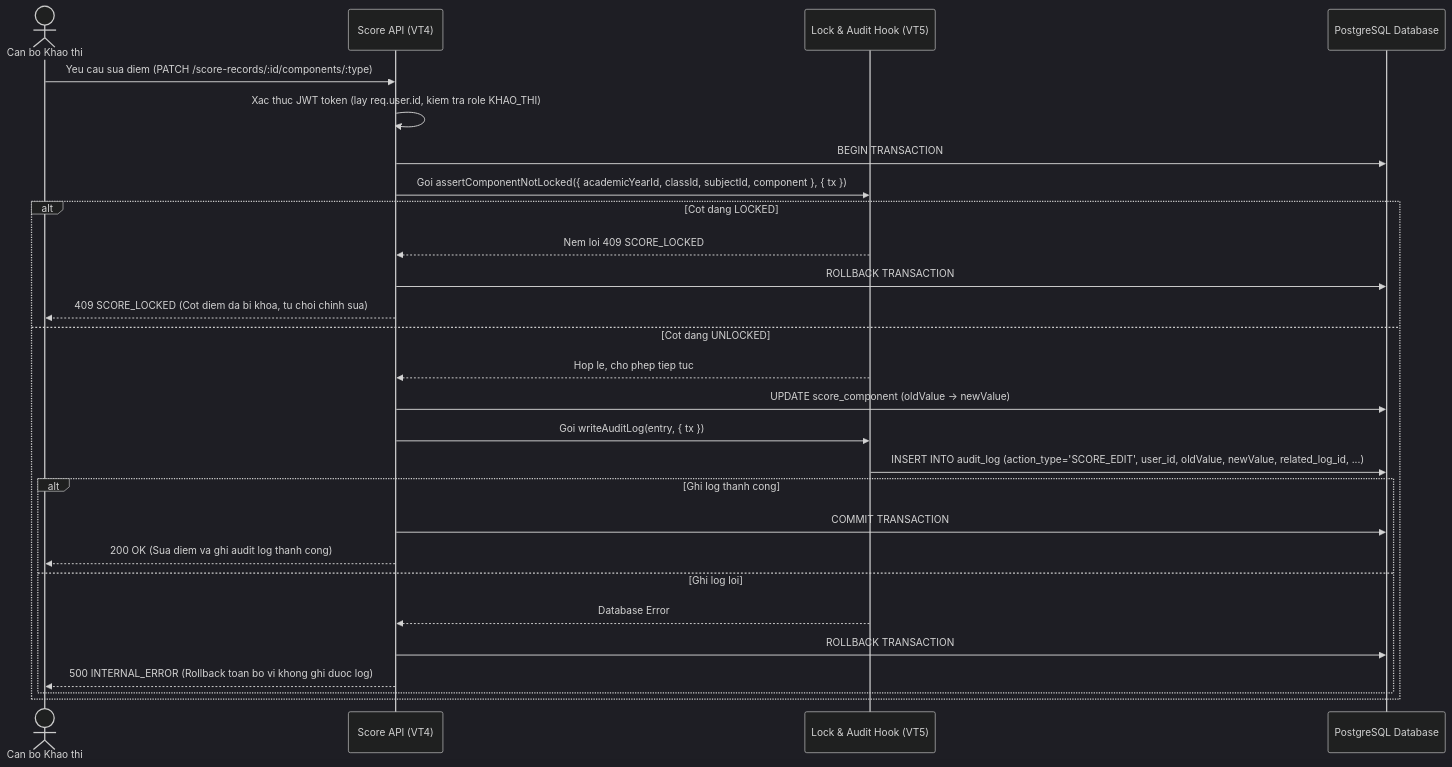
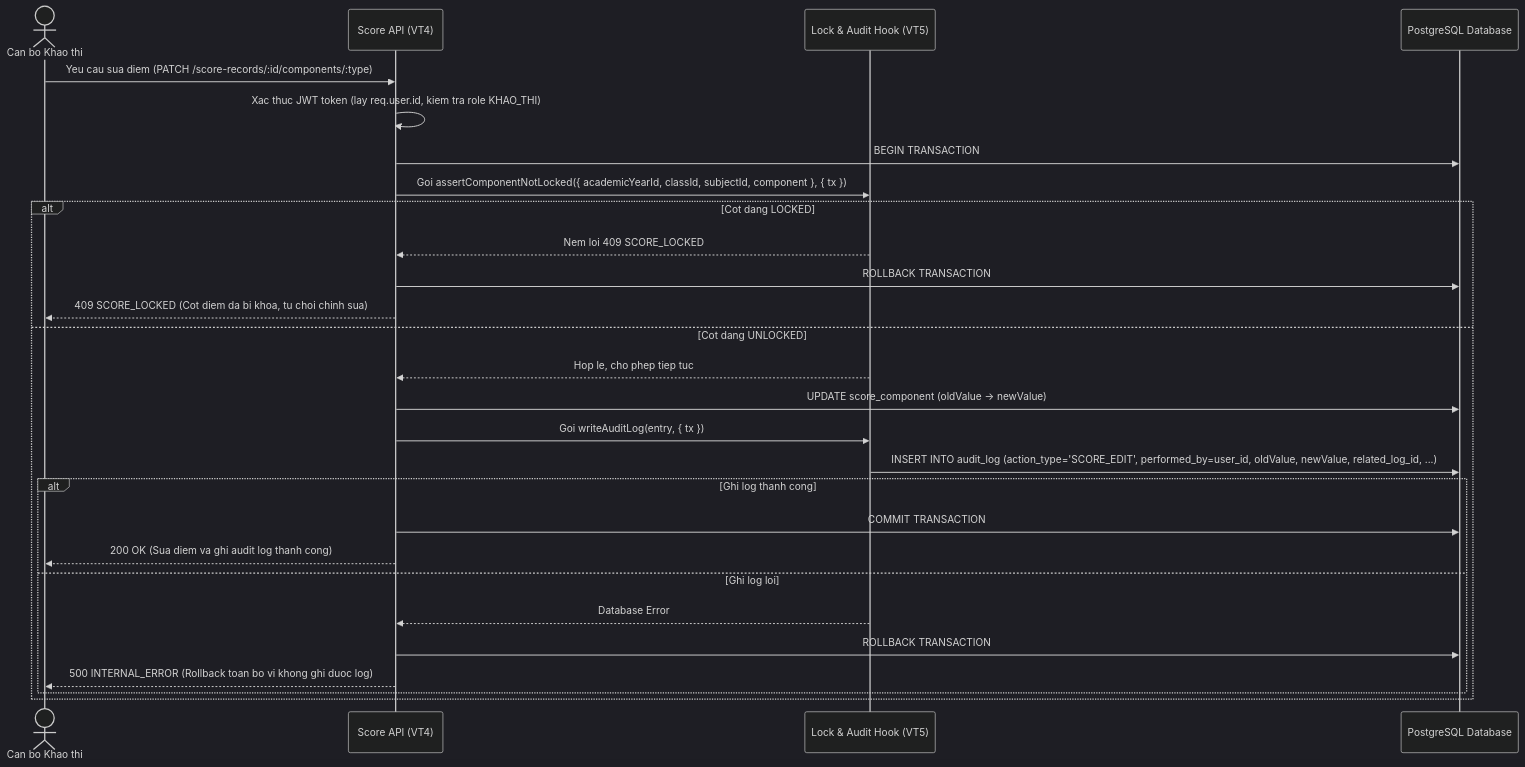
One commit to 5001103019/he-thong-quan-ly-ket-qua-hoc-tap-thpt changed the second of 3 diagrams in docs/vt5-lock-audit-design.md. Above: the diagram before and after it, drawn with Mermaid (dark theme). The commit also changed other lines of this file, not shown here.

Commit message:
docs: hoan thien audit log tham chieu user_id, bo sung activity diagram va lam ro quy tac khoa cong bo

````diff
--- a/docs/vt5-lock-audit-design.md
+++ b/docs/vt5-lock-audit-design.md
@@ -622,31 +626,31 @@
 ```mermaid
 sequenceDiagram
     actor KT as Can bo Khao thi
     participant API as Score API (VT4)
     participant Hook as Lock & Audit Hook (VT5)
     participant DB as PostgreSQL Database
 
     KT->>API: Yeu cau sua diem (PATCH /score-records/:id/components/:type)
     API->>API: Xac thuc JWT token (lay req.user.id, kiem tra role KHAO_THI)
     API->>DB: BEGIN TRANSACTION
     API->>Hook: Goi assertComponentNotLocked({ academicYearId, classId, subjectId, component }, { tx })
     
     alt Cot dang LOCKED
         Hook-->>API: Nem loi 409 SCORE_LOCKED
         API->>DB: ROLLBACK TRANSACTION
         API-->>KT: 409 SCORE_LOCKED (Cot diem da bi khoa, tu choi chinh sua)
     else Cot dang UNLOCKED
         Hook-->>API: Hop le, cho phep tiep tuc
         API->>DB: UPDATE score_component (oldValue -> newValue)
         API->>Hook: Goi writeAuditLog(entry, { tx })
-        Hook->>DB: INSERT INTO audit_log (action_type='SCORE_EDIT', user_id, oldValue, newValue, related_log_id, ...)
+        Hook->>DB: INSERT INTO audit_log (action_type='SCORE_EDIT', performed_by=user_id, oldValue, newValue, related_log_id, ...)
         alt Ghi log thanh cong
             API->>DB: COMMIT TRANSACTION
             API-->>KT: 200 OK (Sua diem va ghi audit log thanh cong)
         else Ghi log loi
             Hook-->>API: Database Error
             API->>DB: ROLLBACK TRANSACTION
             API-->>KT: 500 INTERNAL_ERROR (Rollback toan bo vi khong ghi duoc log)
         end
     end
 ```
````
